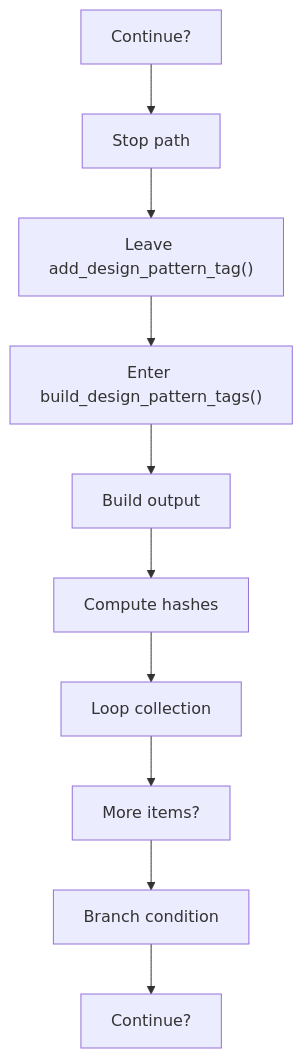
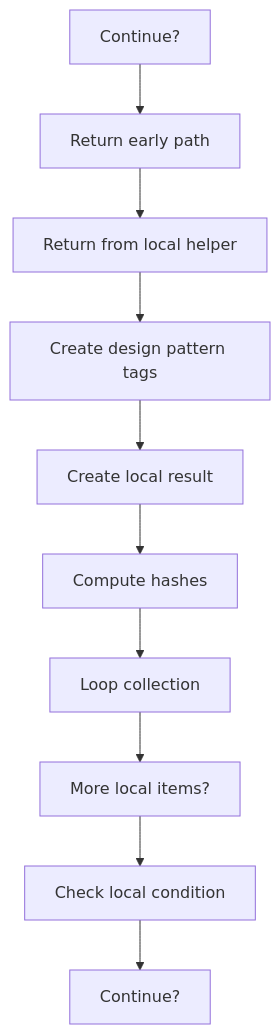
Before and after one commit to JohnAndrewBalbarosa/NeoTerritory: the fifth of 8 diagrams in docs/Codebase/Microservice/Modules/Source/OutputGeneration/UnitTestGeneration/Flow/algorithm_pipeline_program_flow_02.cpp.md, drawn with Mermaid. The commit also changed other lines of this file and 915 other files, not shown here.

````diff
--- a/docs/Codebase/Microservice/Modules/Source/OutputGeneration/UnitTestGeneration/Flow/algorithm_pipeline_program_flow_02.cpp.md
+++ b/docs/Codebase/Microservice/Modules/Source/OutputGeneration/UnitTestGeneration/Flow/algorithm_pipeline_program_flow_02.cpp.md
@@ -113,22 +113,22 @@
 ```mermaid
 flowchart TD
     N0["Continue?"]
-    N1["Stop path"]
-    N2["Leave add_design_pattern_tag()"]
-    N3["Enter build_design_pattern_tags()"]
-    N4["Build output"]
+    N1["Return early path"]
+    N2["Return from local helper"]
+    N3["Create design pattern tags"]
+    N4["Create local result"]
     N5["Compute hashes"]
     N6["Loop collection"]
-    N7["More items?"]
-    N8["Branch condition"]
+    N7["More local items?"]
+    N8["Check local condition"]
     N9["Continue?"]
     N0 --> N1
     N1 --> N2
     N2 --> N3
     N3 --> N4
     N4 --> N5
     N5 --> N6
     N6 --> N7
     N7 --> N8
     N8 --> N9
 ```
````
